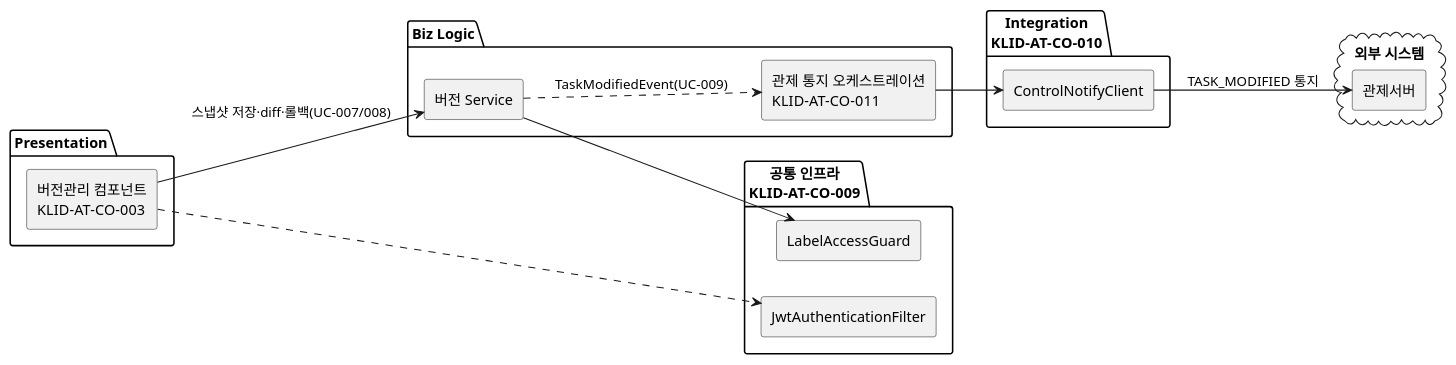
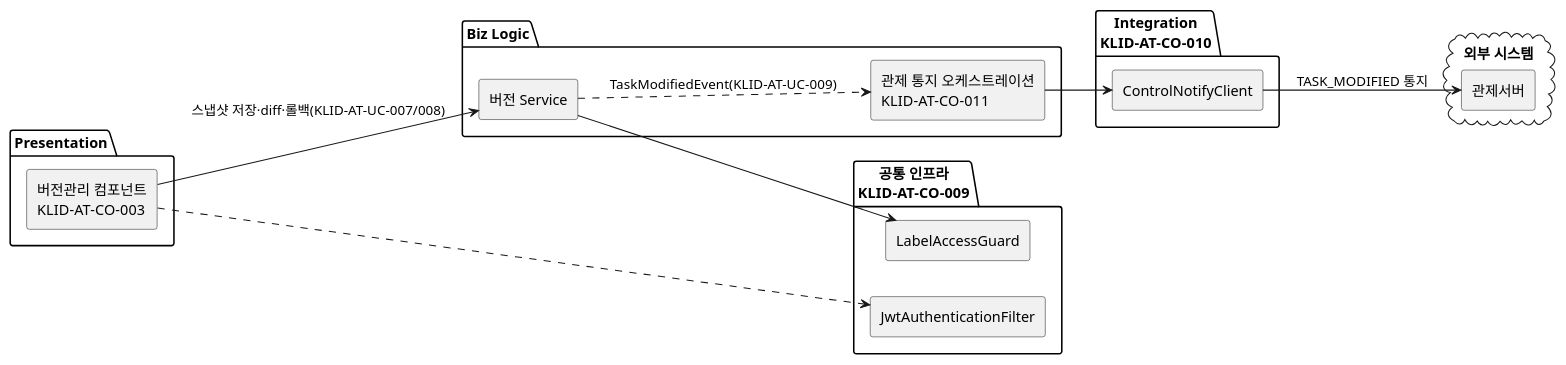
One commit to New-stella/klid-label changed the third of 5 diagrams in docs/design/D3-컴포넌트설계서.md. Above: the diagram before and after it, drawn with PlantUML. The commit also changed other lines of this file and 17 other files, not shown here.

````diff
--- a/docs/design/D3-컴포넌트설계서.md
+++ b/docs/design/D3-컴포넌트설계서.md
@@ -121,29 +121,29 @@
 ```plantuml
 @startuml
 skinparam componentStyle rectangle
 left to right direction
 package "Presentation" {
   [버전관리 컴포넌트\nKLID-AT-CO-003] as VER
 }
 package "Biz Logic" {
   [버전 Service] as VERS
   [관제 통지 오케스트레이션\nKLID-AT-CO-011] as NOTI
 }
 package "공통 인프라\nKLID-AT-CO-009" {
   [JwtAuthenticationFilter] as JWT
   [LabelAccessGuard] as GUARD
 }
 package "Integration\nKLID-AT-CO-010" {
   [ControlNotifyClient] as CNC
 }
 cloud "외부 시스템" {
   [관제서버] as CTRL
 }
-VER --> VERS : 스냅샷 저장·diff·롤백(UC-007/008)
+VER --> VERS : 스냅샷 저장·diff·롤백(KLID-AT-UC-007/008)
 VER ..> JWT
 VERS --> GUARD
-VERS ..> NOTI : TaskModifiedEvent(UC-009)
+VERS ..> NOTI : TaskModifiedEvent(KLID-AT-UC-009)
 NOTI --> CNC
 CNC --> CTRL : TASK_MODIFIED 통지
 @enduml
 ```
````
